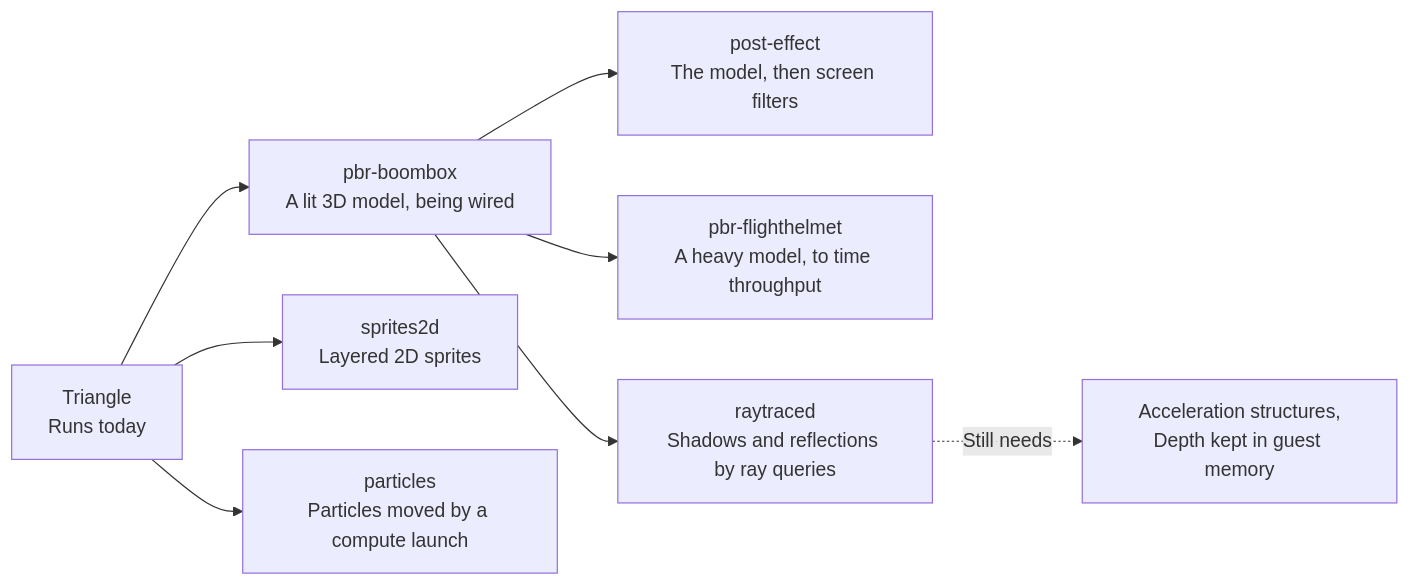
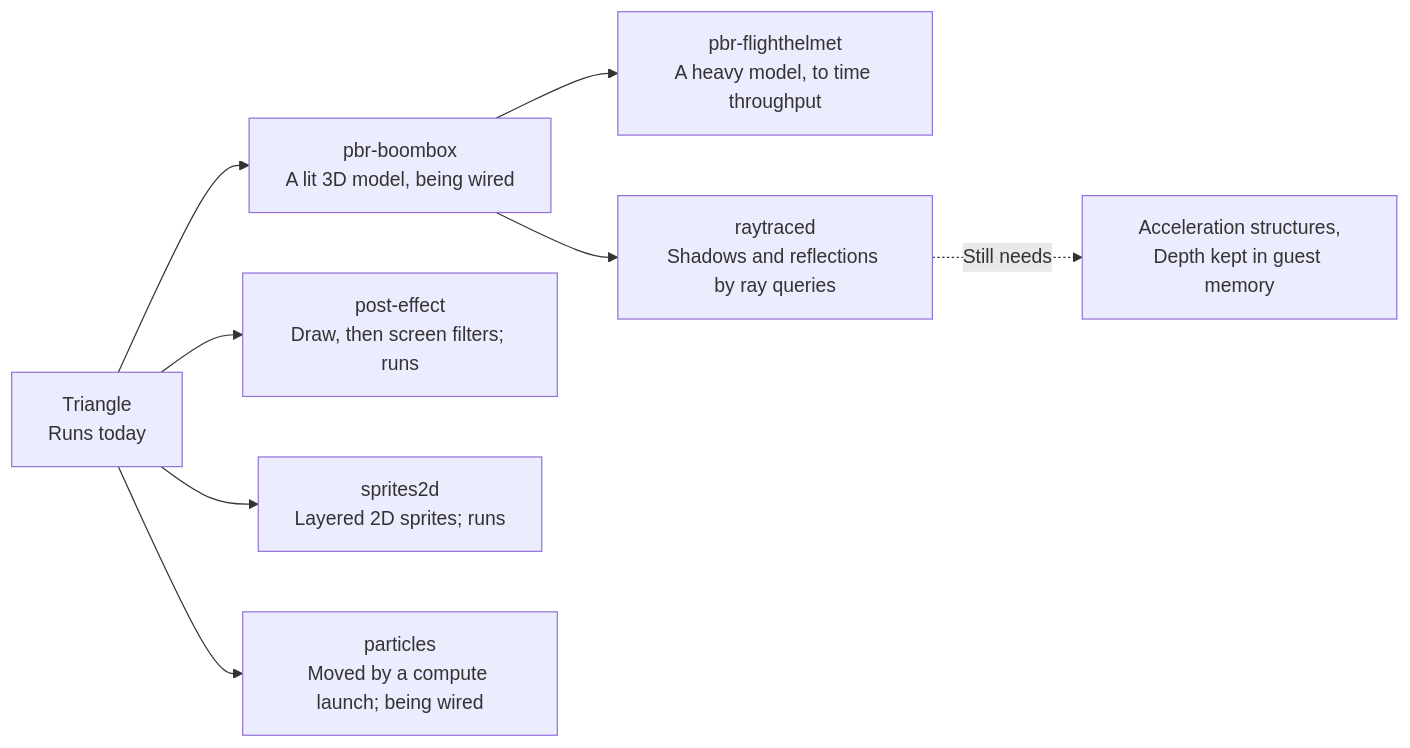
The first of 2 diagrams in docs/architecture/demos.md (0xNikilite/oboromi), drawn with Mermaid before and after one commit. The commit also changed other lines of this file and 7 other files, not shown here.

Commit message:
Show the sprites, post-effect and particles clips and update the roadmap

````diff
--- a/docs/architecture/demos.md
+++ b/docs/architecture/demos.md
@@ -57,10 +59,10 @@
 ```mermaid
 flowchart LR
     TRI["Triangle<br/>Runs today"] --> PBR["pbr-boombox<br/>A lit 3D model, being wired"]
-    PBR --> POST["post-effect<br/>The model, then screen filters"]
+    TRI --> POST["post-effect<br/>Draw, then screen filters; runs"]
     PBR --> FH["pbr-flighthelmet<br/>A heavy model, to time throughput"]
     PBR --> RT["raytraced<br/>Shadows and reflections by ray queries"]
-    TRI --> SPR["sprites2d<br/>Layered 2D sprites"]
-    TRI --> PART["particles<br/>Particles moved by a compute launch"]
+    TRI --> SPR["sprites2d<br/>Layered 2D sprites; runs"]
+    TRI --> PART["particles<br/>Moved by a compute launch; being wired"]
     RT -.->|"Still needs"| N1["Acceleration structures,<br/>Depth kept in guest memory"]
 ```
````
